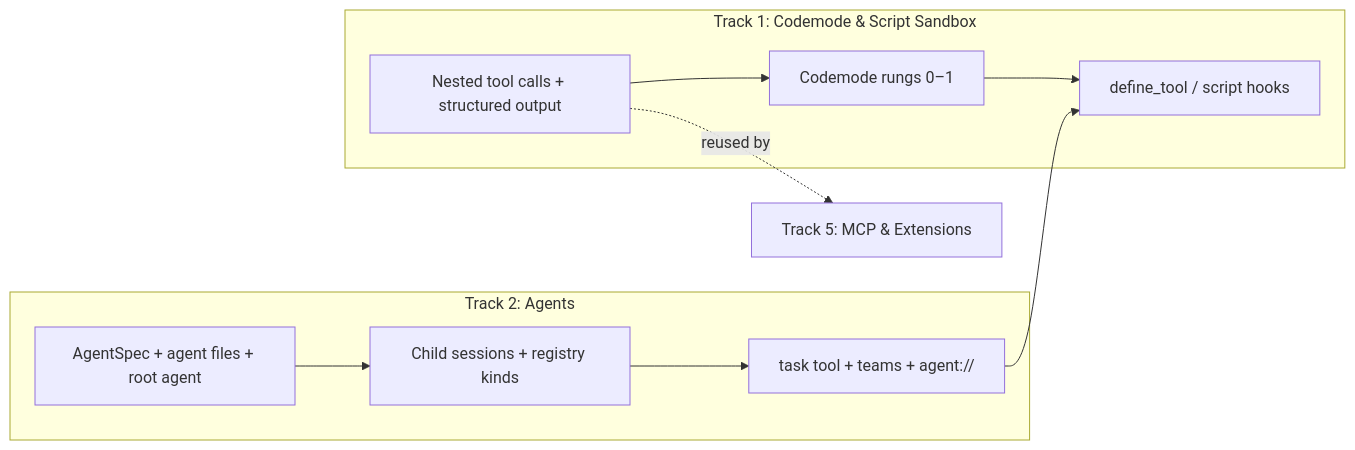
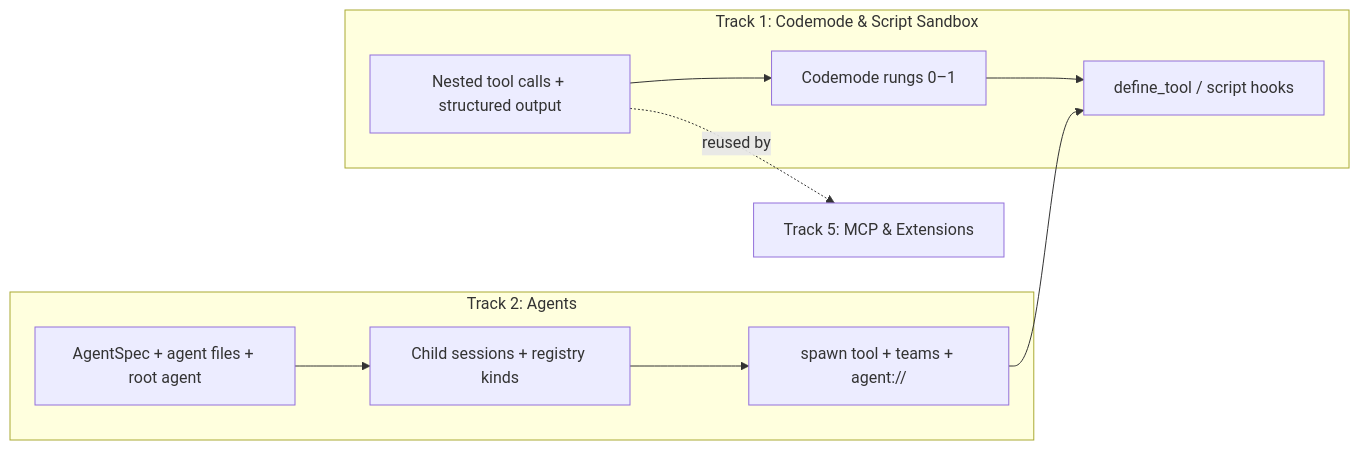
Before and after one commit to Axo-Gnosis/Axo: the first of 2 diagrams in plan/plan.md, drawn with Mermaid. The commit also changed other lines of this file and 25 other files, not shown here.

First line of the commit message:
feat(agents)!: spawn tool, yield, and agent://

````diff
--- a/plan/plan.md
+++ b/plan/plan.md
@@ -13,13 +13,13 @@
 ```mermaid
 flowchart LR
   subgraph T1["Track 1: Codemode & Script Sandbox"]
     N[Nested tool calls + structured output] --> C0[Codemode rungs 0–1]
     C0 --> DT[define_tool / script hooks]
   end
   subgraph T2["Track 2: Agents"]
     AS[AgentSpec + agent files + root agent] --> CS[Child sessions + registry kinds]
-    CS --> TK[task tool + teams + agent://]
+    CS --> TK[spawn tool + teams + agent://]
   end
   TK --> DT
   N -.reused by.-> MCP[Track 5: MCP & Extensions]
 ```
````
